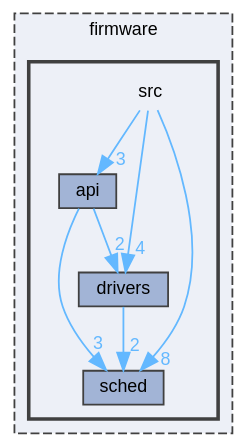
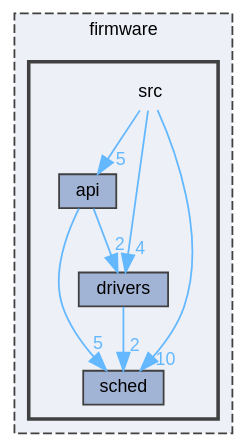
One commit to Ghaadyy/elevator-controller changed the diagram in dev/dir_c898ccd6027d5da3247aa855d21ca2cf_dep.dot. Above: the diagram before and after it, drawn with Graphviz. The commit also changed 228 other files, not shown here.

```diff
--- a/dev/dir_c898ccd6027d5da3247aa855d21ca2cf_dep.dot
+++ b/dev/dir_c898ccd6027d5da3247aa855d21ca2cf_dep.dot
@@ -1,24 +1,24 @@
 digraph "firmware/src"
 {
  // LATEX_PDF_SIZE
   bgcolor="transparent";
   edge [fontname=Helvetica,fontsize=10,labelfontname=Helvetica,labelfontsize=10];
   node [fontname=Helvetica,fontsize=10,shape=box,height=0.2,width=0.4];
   compound=true
   subgraph clusterdir_d9edf6c004b4a7ff14fe9ae7a92214ee {
     graph [ bgcolor="#edf0f7", pencolor="grey25", label="firmware", fontname=Helvetica,fontsize=10 style="filled,dashed", URL="dir_d9edf6c004b4a7ff14fe9ae7a92214ee.html",tooltip=""]
   subgraph clusterdir_c898ccd6027d5da3247aa855d21ca2cf {
     graph [ bgcolor="#edf0f7", pencolor="grey25", label="", fontname=Helvetica,fontsize=10 style="filled,bold", URL="dir_c898ccd6027d5da3247aa855d21ca2cf.html",tooltip=""]
     dir_c898ccd6027d5da3247aa855d21ca2cf [shape=plaintext, label="src"];
   dir_18ac01a18bb8b208f27c88345941c779 [label="api", fillcolor="#a2b4d6", color="grey25", style="filled", URL="dir_18ac01a18bb8b208f27c88345941c779.html",tooltip=""];
   dir_e200633b3c29dcc6afc0356839fb5e29 [label="drivers", fillcolor="#a2b4d6", color="grey25", style="filled", URL="dir_e200633b3c29dcc6afc0356839fb5e29.html",tooltip=""];
   dir_7823007820cfe4d1a4ad04f11c50e251 [label="sched", fillcolor="#a2b4d6", color="grey25", style="filled", URL="dir_7823007820cfe4d1a4ad04f11c50e251.html",tooltip=""];
   }
   }
-  dir_c898ccd6027d5da3247aa855d21ca2cf->dir_18ac01a18bb8b208f27c88345941c779 [headlabel="3", labeldistance=1.5 headhref="dir_000004_000000.html" href="dir_000004_000000.html" color="steelblue1" fontcolor="steelblue1"];
-  dir_c898ccd6027d5da3247aa855d21ca2cf->dir_7823007820cfe4d1a4ad04f11c50e251 [headlabel="8", labeldistance=1.5 headhref="dir_000004_000003.html" href="dir_000004_000003.html" color="steelblue1" fontcolor="steelblue1"];
+  dir_c898ccd6027d5da3247aa855d21ca2cf->dir_18ac01a18bb8b208f27c88345941c779 [headlabel="5", labeldistance=1.5 headhref="dir_000004_000000.html" href="dir_000004_000000.html" color="steelblue1" fontcolor="steelblue1"];
+  dir_c898ccd6027d5da3247aa855d21ca2cf->dir_7823007820cfe4d1a4ad04f11c50e251 [headlabel="10", labeldistance=1.5 headhref="dir_000004_000003.html" href="dir_000004_000003.html" color="steelblue1" fontcolor="steelblue1"];
   dir_c898ccd6027d5da3247aa855d21ca2cf->dir_e200633b3c29dcc6afc0356839fb5e29 [headlabel="4", labeldistance=1.5 headhref="dir_000004_000001.html" href="dir_000004_000001.html" color="steelblue1" fontcolor="steelblue1"];
-  dir_18ac01a18bb8b208f27c88345941c779->dir_7823007820cfe4d1a4ad04f11c50e251 [headlabel="3", labeldistance=1.5 headhref="dir_000000_000003.html" href="dir_000000_000003.html" color="steelblue1" fontcolor="steelblue1"];
+  dir_18ac01a18bb8b208f27c88345941c779->dir_7823007820cfe4d1a4ad04f11c50e251 [headlabel="5", labeldistance=1.5 headhref="dir_000000_000003.html" href="dir_000000_000003.html" color="steelblue1" fontcolor="steelblue1"];
   dir_18ac01a18bb8b208f27c88345941c779->dir_e200633b3c29dcc6afc0356839fb5e29 [headlabel="2", labeldistance=1.5 headhref="dir_000000_000001.html" href="dir_000000_000001.html" color="steelblue1" fontcolor="steelblue1"];
   dir_e200633b3c29dcc6afc0356839fb5e29->dir_7823007820cfe4d1a4ad04f11c50e251 [headlabel="2", labeldistance=1.5 headhref="dir_000001_000003.html" href="dir_000001_000003.html" color="steelblue1" fontcolor="steelblue1"];
 }
```
